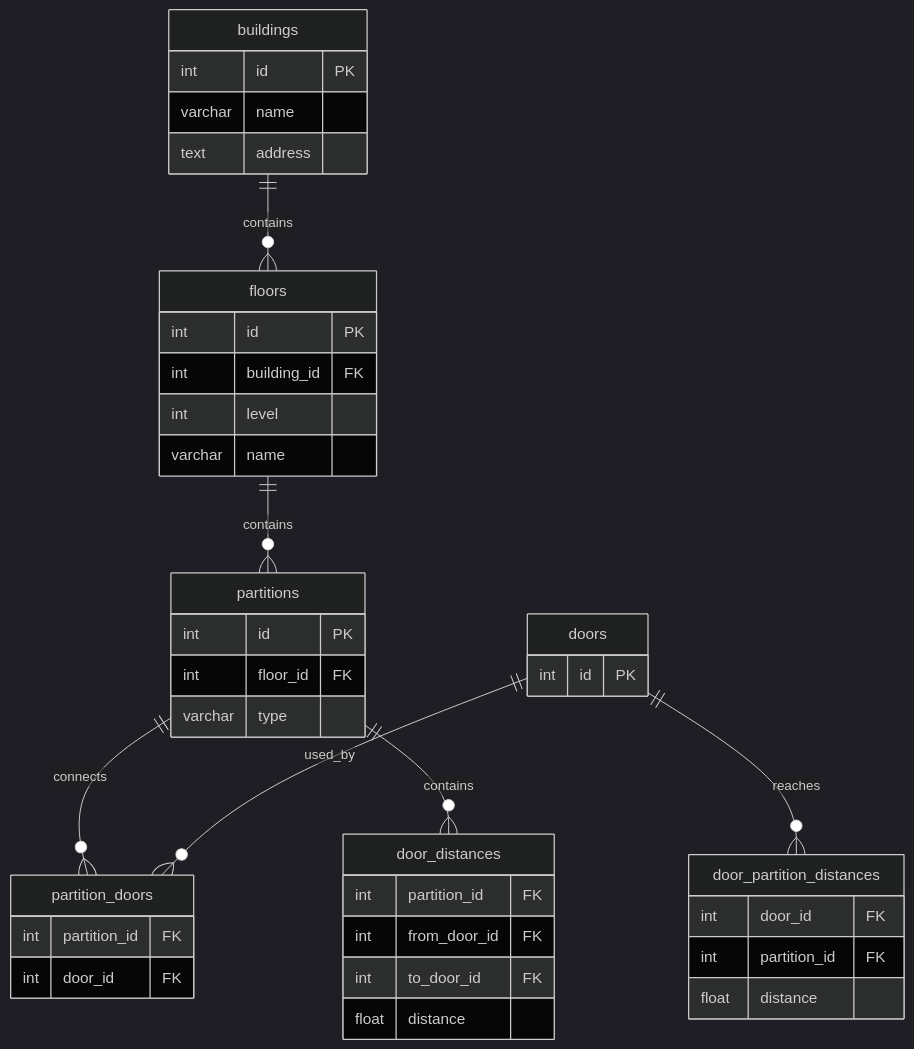
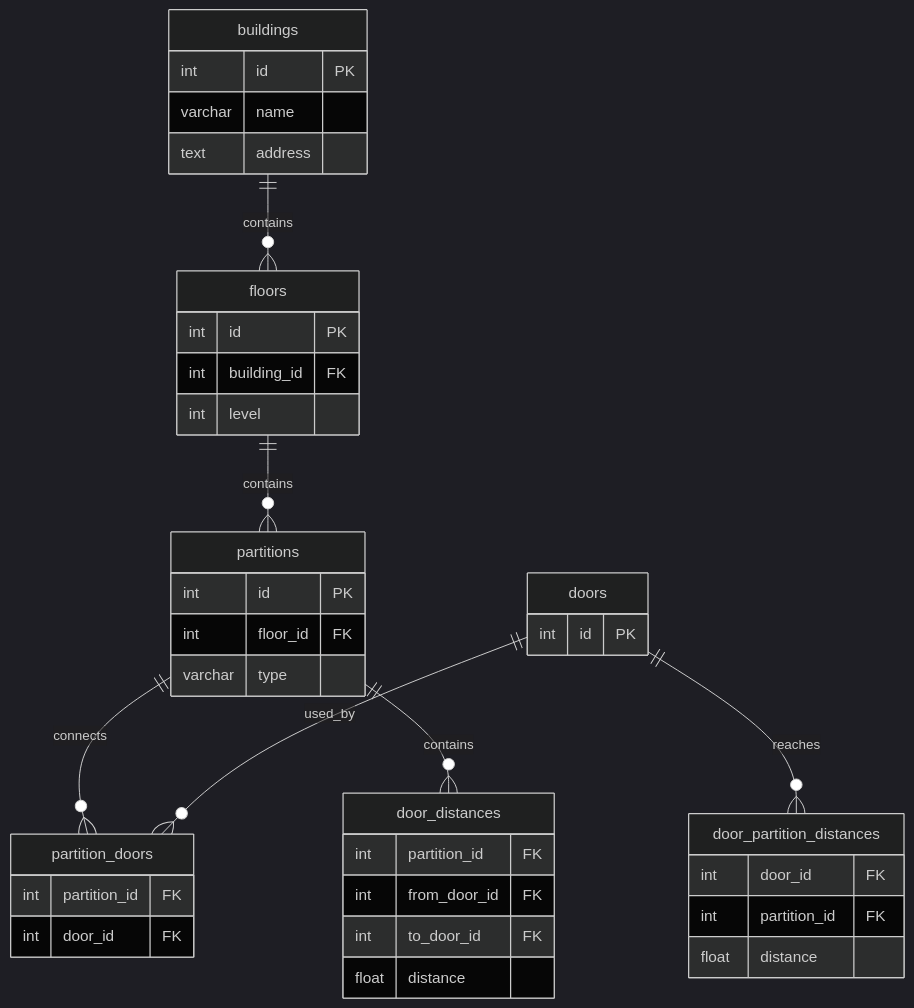
Before and after one commit to Wayfindr10/documentation: the diagram in database/indoor_spatial_semantics_er.md, drawn with Mermaid (dark theme).

Commit message:
Remove 'name' field from floors table
Removed 'name' field from 'floors' table definition.

````diff
--- a/database/indoor_spatial_semantics_er.md
+++ b/database/indoor_spatial_semantics_er.md
@@ -1,50 +1,49 @@
 ```mermaid
 erDiagram
     buildings ||--o{ floors : contains
     floors ||--o{ partitions : contains
     partitions ||--o{ partition_doors : connects
     doors ||--o{ partition_doors : used_by
     partitions ||--o{ door_distances : contains
     doors ||--o{ door_partition_distances : reaches
 
     buildings {
         int id PK
         varchar name
         text address
     }
 
     floors {
         int id PK
         int building_id FK
         int level
-        varchar name
     }
 
     partitions {
         int id PK
         int floor_id FK
         varchar type
     }
 
     doors {
         int id PK
     }
 
     partition_doors {
         int partition_id FK
         int door_id FK
     }
 
     door_distances {
         int partition_id FK
         int from_door_id FK
         int to_door_id FK
         float distance
     }
 
     door_partition_distances {
         int door_id FK
         int partition_id FK
         float distance
     }
 ```
````
